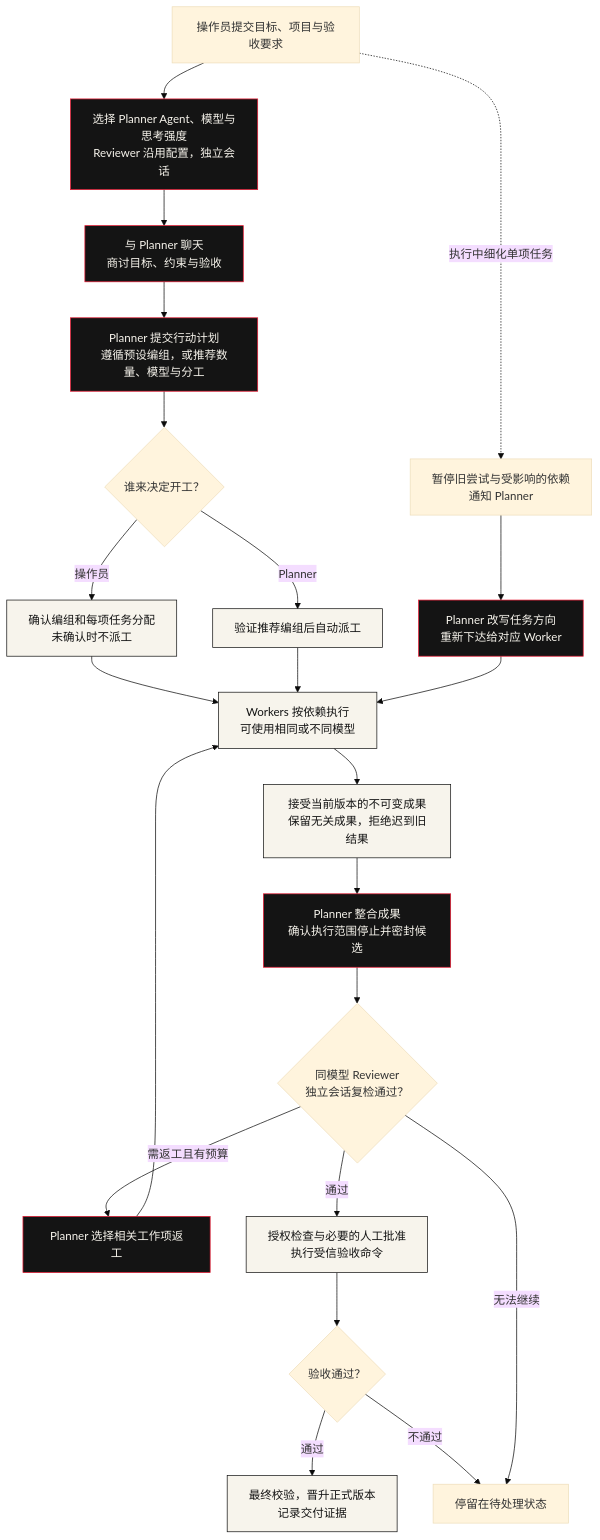
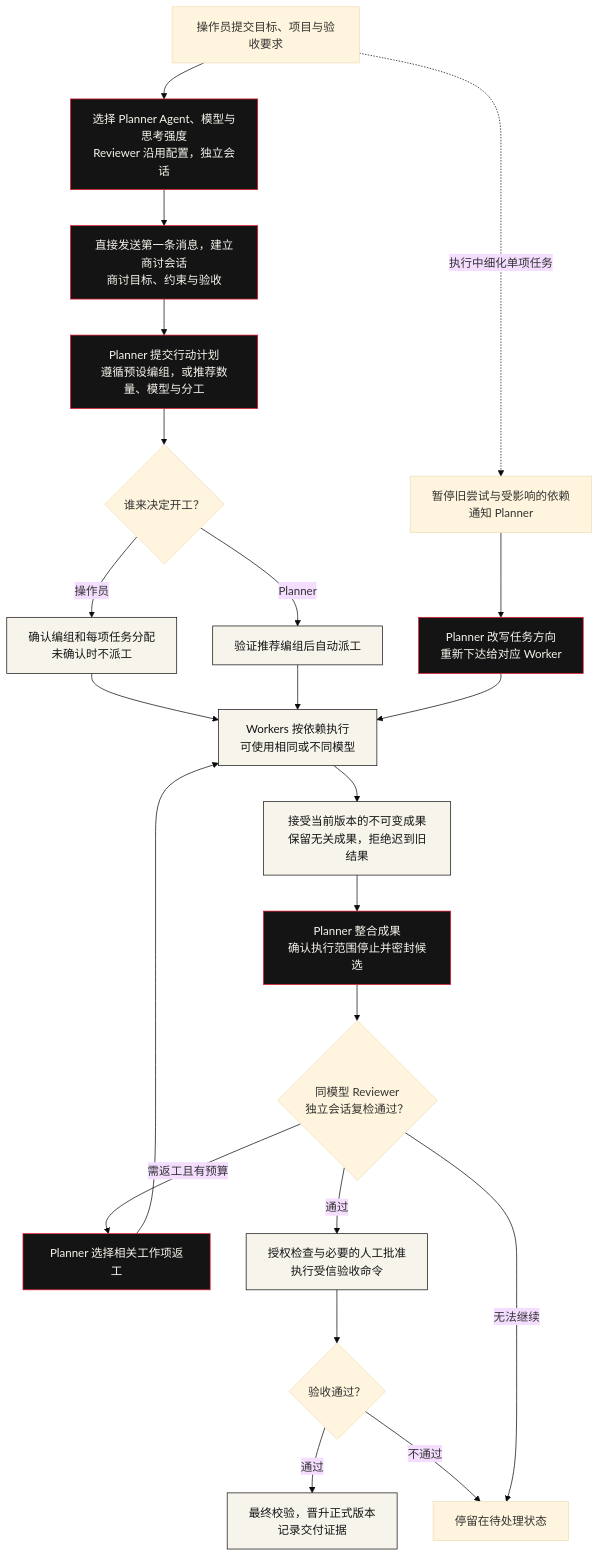
The first of 2 diagrams in README.md (rejec-rot/agent-foundry-orchestrator), drawn with Mermaid (base theme) before and after one commit. The commit also changed other lines of this file and 16 other files, not shown here.

Commit message:
feat(web): expand Planner workspace and enable direct chat

````diff
--- a/README.md
+++ b/README.md
@@ -17,28 +19,28 @@
 ```mermaid
 flowchart TD
     USER["操作员提交目标、项目与验收要求"] --> MODEL["选择 Planner Agent、模型与思考强度<br/>Reviewer 沿用配置，独立会话"]
-    MODEL --> CHAT["与 Planner 聊天<br/>商讨目标、约束与验收"]
+    MODEL --> CHAT["直接发送第一条消息，建立商讨会话<br/>商讨目标、约束与验收"]
     CHAT --> PLAN["Planner 提交行动计划<br/>遵循预设编组，或推荐数量、模型与分工"]
     PLAN --> MODE{"谁来决定开工？"}
     MODE -- "操作员" --> CONFIRM["确认编组和每项任务分配<br/>未确认时不派工"]
     MODE -- "Planner" --> AUTO["验证推荐编组后自动派工"]
     CONFIRM --> WORK["Workers 按依赖执行<br/>可使用相同或不同模型"]
     AUTO --> WORK
     USER -. "执行中细化单项任务" .-> HOLD["暂停旧尝试与受影响的依赖<br/>通知 Planner"]
     HOLD --> CHANGE["Planner 改写任务方向<br/>重新下达给对应 Worker"]
     CHANGE --> WORK
     WORK --> ART["接受当前版本的不可变成果<br/>保留无关成果，拒绝迟到旧结果"]
     ART --> INTEGRATE["Planner 整合成果<br/>确认执行范围停止并密封候选"]
     INTEGRATE --> REVIEW{"同模型 Reviewer<br/>独立会话复检通过？"}
     REVIEW -- "需返工且有预算" --> FIX["Planner 选择相关工作项返工"]
     FIX --> WORK
     REVIEW -- "通过" --> GATE["授权检查与必要的人工批准<br/>执行受信验收命令"]
     GATE --> PASS{"验收通过？"}
     PASS -- "通过" --> DONE["最终校验，晋升正式版本<br/>记录交付证据"]
     PASS -- "不通过" --> BLOCK["停留在待处理状态"]
     REVIEW -- "无法继续" --> BLOCK
     classDef planner fill:#141414,stroke:#e81932,color:#f7f4ec;
     classDef action fill:#f7f4ec,stroke:#141414,color:#141414;
     class MODEL,CHAT,PLAN,CHANGE,INTEGRATE,FIX planner;
     class CONFIRM,AUTO,WORK,ART,GATE,DONE action;
 ```
````
